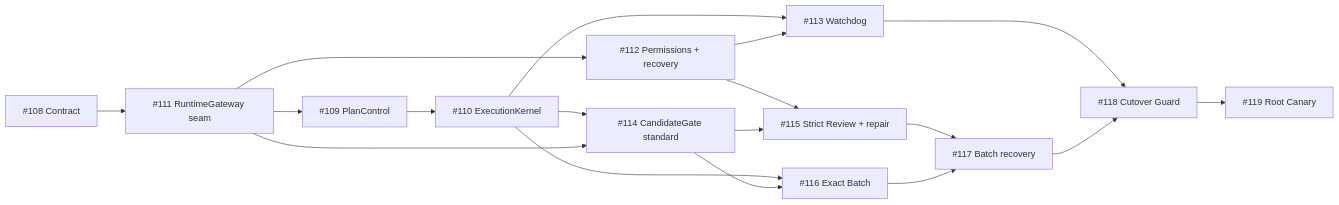
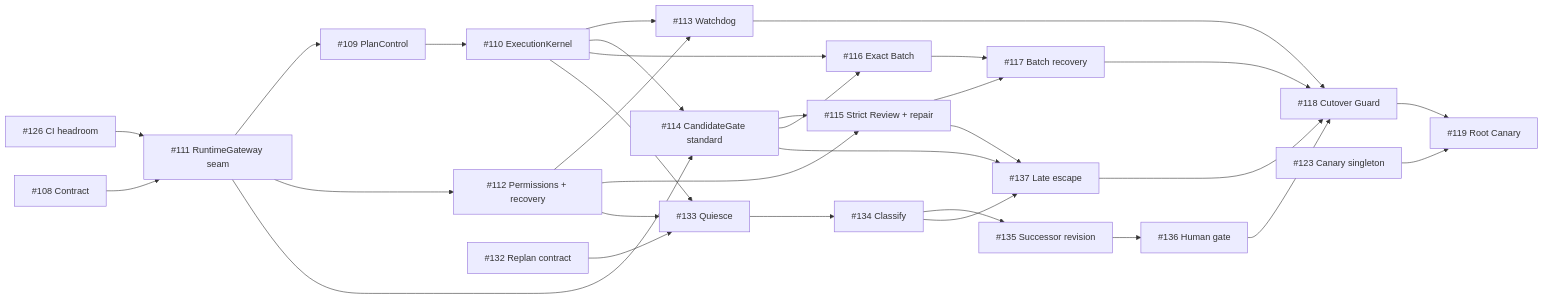
One commit to NOirBRight/github-work-orchestrator changed the diagram in docs/design/gwo-v8-lean-roadmap.md. Above: the diagram before and after it, drawn with Mermaid. The commit also changed other lines of this file and 9 other files, not shown here.

````diff
--- a/docs/design/gwo-v8-lean-roadmap.md
+++ b/docs/design/gwo-v8-lean-roadmap.md
@@ -64,20 +80,34 @@
 ```mermaid
 flowchart LR
+    T126["#126 CI headroom"] --> T111
     T108["#108 Contract"] --> T111["#111 RuntimeGateway seam"]
     T111 --> T109["#109 PlanControl"]
     T109 --> T110["#110 ExecutionKernel"]
     T111 --> T112["#112 Permissions + recovery"]
     T110 --> T113["#113 Watchdog"]
     T112 --> T113
     T110 --> T114["#114 CandidateGate standard"]
     T111 --> T114
     T112 --> T115["#115 Strict Review + repair"]
     T114 --> T115
     T110 --> T116["#116 Exact Batch"]
     T114 --> T116
     T115 --> T117["#117 Batch recovery"]
     T116 --> T117
+    T132["#132 Replan contract"]
+    T132 --> T133["#133 Quiesce"]
+    T110 --> T133
+    T112 --> T133
+    T133 --> T134["#134 Classify"]
+    T134 --> T135["#135 Successor revision"]
+    T135 --> T136["#136 Human gate"]
+    T134 --> T137["#137 Late escape"]
+    T114 --> T137
+    T115 --> T137
     T113 --> T118["#118 Cutover Guard"]
     T117 --> T118
+    T136 --> T118
+    T137 --> T118
     T118 --> T119["#119 Root Canary"]
+    T123["#123 Canary singleton"] --> T119
 ```
````
